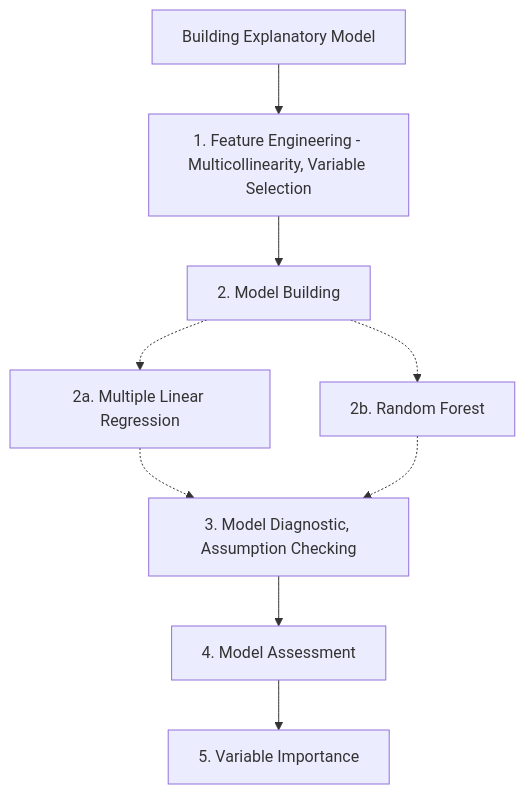
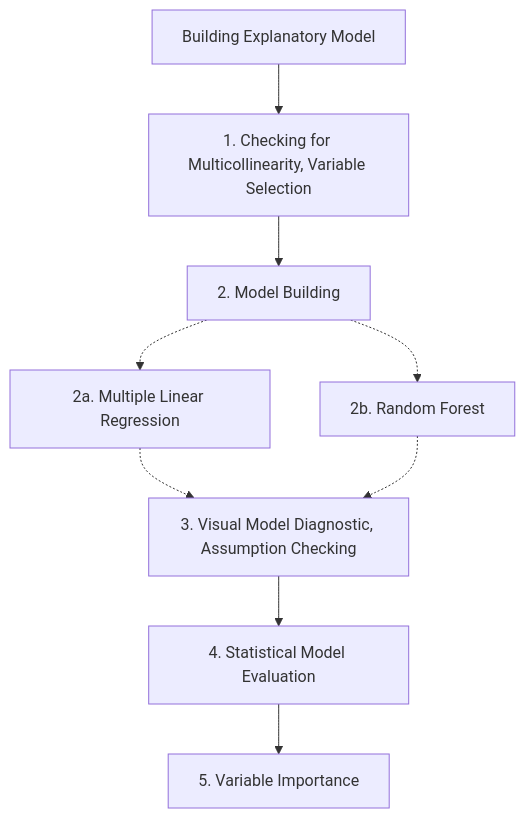
The diagram in Take-home_Ex/Take-home_Ex04/Take-home_Ex04.qmd (kytjy/ISSS608-VAA), drawn with Mermaid before and after one commit. The commit also changed other lines of this file and 17 other files, not shown here.

````diff
--- a/Take-home_Ex/Take-home_Ex04/Take-home_Ex04.qmd
+++ b/Take-home_Ex/Take-home_Ex04/Take-home_Ex04.qmd
@@ -58,14 +77,14 @@
 ```{mermaid}
 %%| fig-width: 8
 %%| echo: false
 
 flowchart TD
-    A[Building Explanatory Model]-->B[1. Feature Engineering - Multicollinearity, Variable Selection]
+    A[Building Explanatory Model]-->B[1. Checking for Multicollinearity, Variable Selection]
     B-->C[2. Model Building]
     C-.->C1[2a. Multiple Linear Regression]
     C-.-> C2[2b. Random Forest]
-    C1-.->F[3. Model Diagnostic, Assumption Checking]
+    C1-.->F[3. Visual Model Diagnostic, Assumption Checking]
     C2-.->F
-    F -->E[4. Model Assessment]
+    F -->E[4. Statistical Model Evaluation]
     E-->D[5. Variable Importance]
 ```
````
